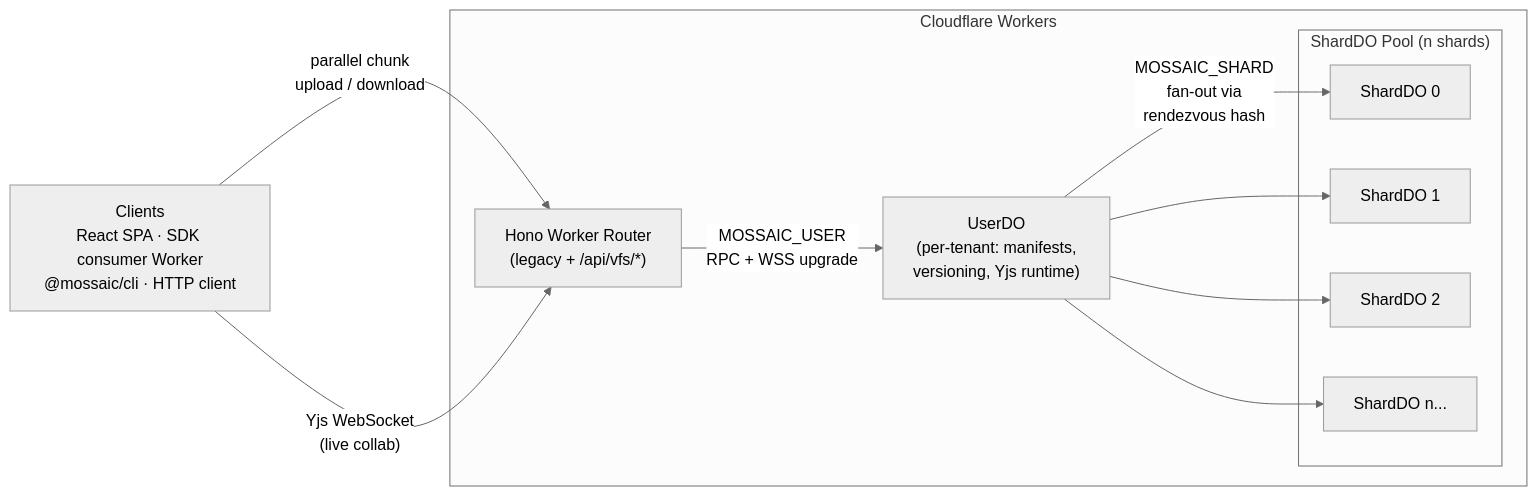
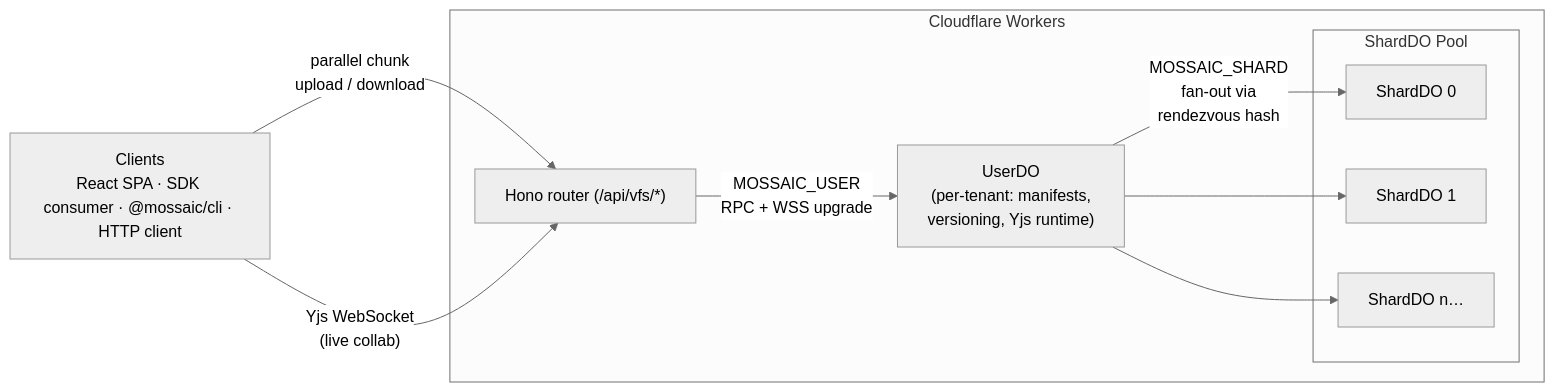
Before and after one commit to AshishKumar4/Mossaic: the first of 2 diagrams in README.md, drawn with Mermaid (neutral theme). The commit also changed other lines of this file and 11 other files, not shown here.

````diff
--- a/README.md
+++ b/README.md
@@ -9,24 +75,22 @@
 ```mermaid
 flowchart LR
-    Clients["Clients<br/>React SPA · SDK consumer Worker<br/>@mossaic/cli · HTTP client"]
+    Clients["Clients<br/>React SPA · SDK consumer · @mossaic/cli · HTTP client"]
 
     subgraph CF["Cloudflare Workers"]
-        Worker["Hono Worker Router<br/>(legacy + /api/vfs/*)"]
+        Worker["Hono router (/api/vfs/*)"]
         UserDO["UserDO<br/>(per-tenant: manifests,<br/>versioning, Yjs runtime)"]
 
-        subgraph Shards["ShardDO Pool (n shards)"]
+        subgraph Shards["ShardDO Pool"]
             S0["ShardDO 0"]
             S1["ShardDO 1"]
-            S2["ShardDO 2"]
-            Sn["ShardDO n..."]
+            Sn["ShardDO n…"]
         end
     end
 
     Clients -- "parallel chunk<br/>upload / download" --> Worker
     Clients -- "Yjs WebSocket<br/>(live collab)" --> Worker
     Worker -- "MOSSAIC_USER<br/>RPC + WSS upgrade" --> UserDO
     UserDO -- "MOSSAIC_SHARD<br/>fan-out via<br/>rendezvous hash" --> S0
     UserDO --> S1
-    UserDO --> S2
     UserDO --> Sn
 ```
````
